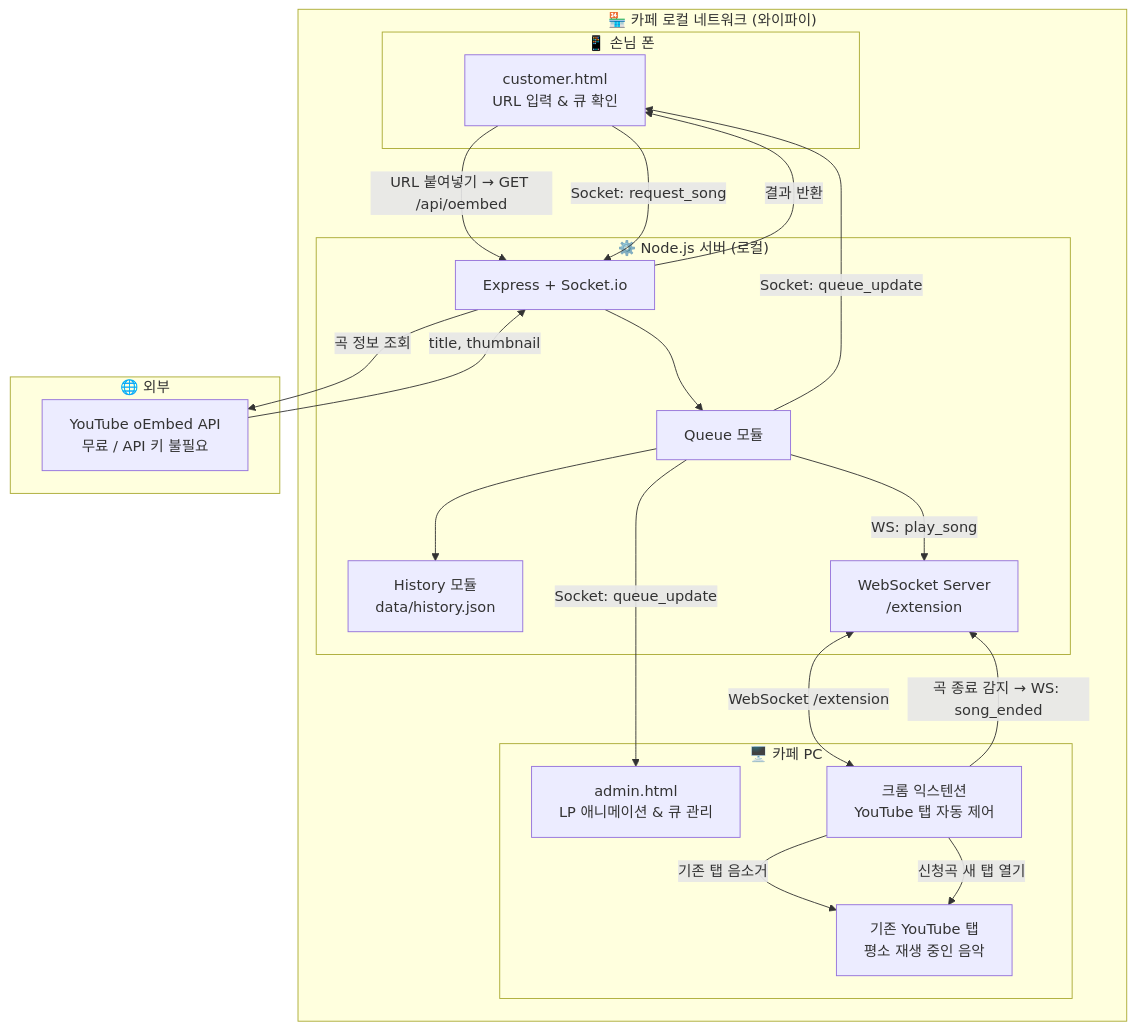
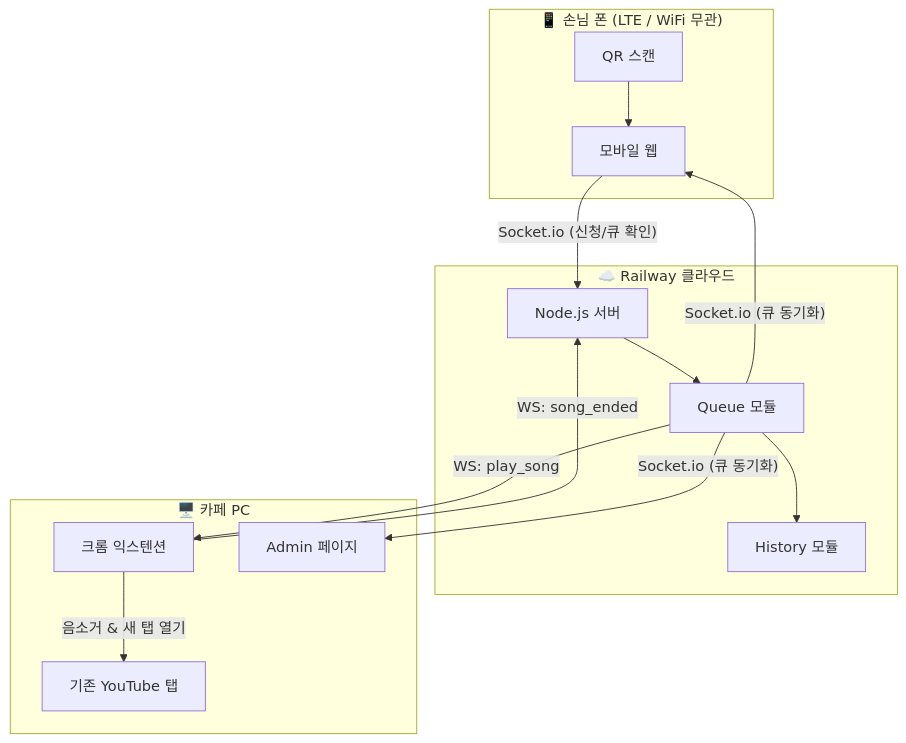
One commit to sngmng6506/caffeine-Flow changed the first of 3 diagrams in README.md. Above: the diagram before and after it, drawn with Mermaid. The commit also changed other lines of this file and 8 other files, not shown here.

````diff
--- a/README.md
+++ b/README.md
@@ -41,42 +42,28 @@
 ```mermaid
 graph TD
-    subgraph Cafe["🏪 카페 로컬 네트워크 (와이파이)"]
-        subgraph Phone["📱 손님 폰"]
-            C_UI[customer.html<br/>URL 입력 & 큐 확인]
-        end
-
-        subgraph CafePC["🖥️ 카페 PC"]
-            ADMIN[admin.html<br/>LP 애니메이션 & 큐 관리]
-            EXT[크롬 익스텐션<br/>YouTube 탭 자동 제어]
-            YT_TAB[기존 YouTube 탭<br/>평소 재생 중인 음악]
-        end
-
-        subgraph Server["⚙️ Node.js 서버 (로컬)"]
-            EXPRESS[Express + Socket.io]
-            QUEUE[Queue 모듈]
-            HISTORY[History 모듈<br/>data/history.json]
-            WSS[WebSocket Server<br/>/extension]
-        end
+    subgraph 손님["📱 손님 폰 (LTE / WiFi 무관)"]
+        QR[QR 스캔]
+        WEB[모바일 웹]
     end
 
-    subgraph Internet["🌐 외부"]
-        OEMBED[YouTube oEmbed API<br/>무료 / API 키 불필요]
+    subgraph 클라우드["☁️ Railway 클라우드"]
+        SERVER[Node.js 서버]
+        QUEUE[Queue 모듈]
+        HISTORY[History 모듈]
     end
 
-    C_UI -->|URL 붙여넣기 → GET /api/oembed| EXPRESS
-    EXPRESS -->|곡 정보 조회| OEMBED
-    OEMBED -->|title, thumbnail| EXPRESS
-    EXPRESS -->|결과 반환| C_UI
+    subgraph 카페PC["🖥️ 카페 PC"]
+        EXT[크롬 익스텐션]
+        YT_기존[기존 YouTube 탭]
+        ADMIN[Admin 페이지]
+    end
 
-    C_UI -->|Socket: request_song| EXPRESS
-    EXPRESS --> QUEUE
-    QUEUE -->|Socket: queue_update| C_UI
-    QUEUE -->|Socket: queue_update| ADMIN
-    QUEUE -->|WS: play_song| WSS
-    WSS <-->|WebSocket /extension| EXT
-
-    EXT -->|기존 탭 음소거| YT_TAB
-    EXT -->|신청곡 새 탭 열기| YT_TAB
-    EXT -->|곡 종료 감지 → WS: song_ended| WSS
-    QUEUE --> HISTORY
+    QR --> WEB
+    WEB -->|"Socket.io (신청/큐 확인)"| SERVER
+    SERVER --> QUEUE --> HISTORY
+    QUEUE -->|"Socket.io (큐 동기화)"| WEB
+    QUEUE -->|"Socket.io (큐 동기화)"| ADMIN
+    QUEUE -->|"WS: play_song"| EXT
+    EXT -->|음소거 & 새 탭 열기| YT_기존
+    EXT -->|"WS: song_ended"| SERVER
 ```
````
